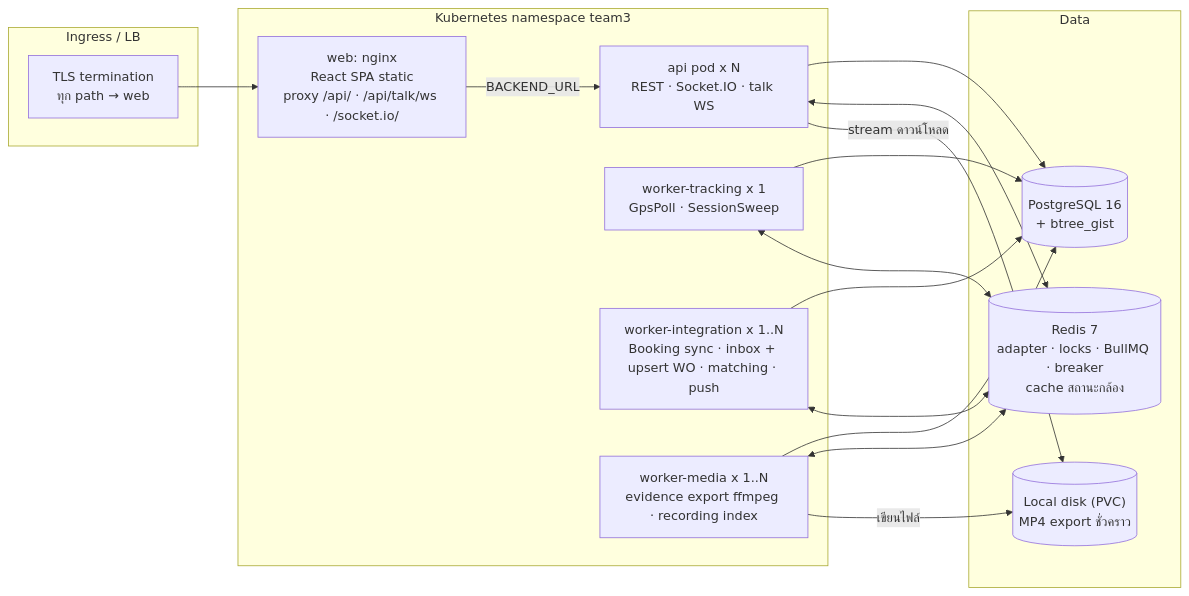
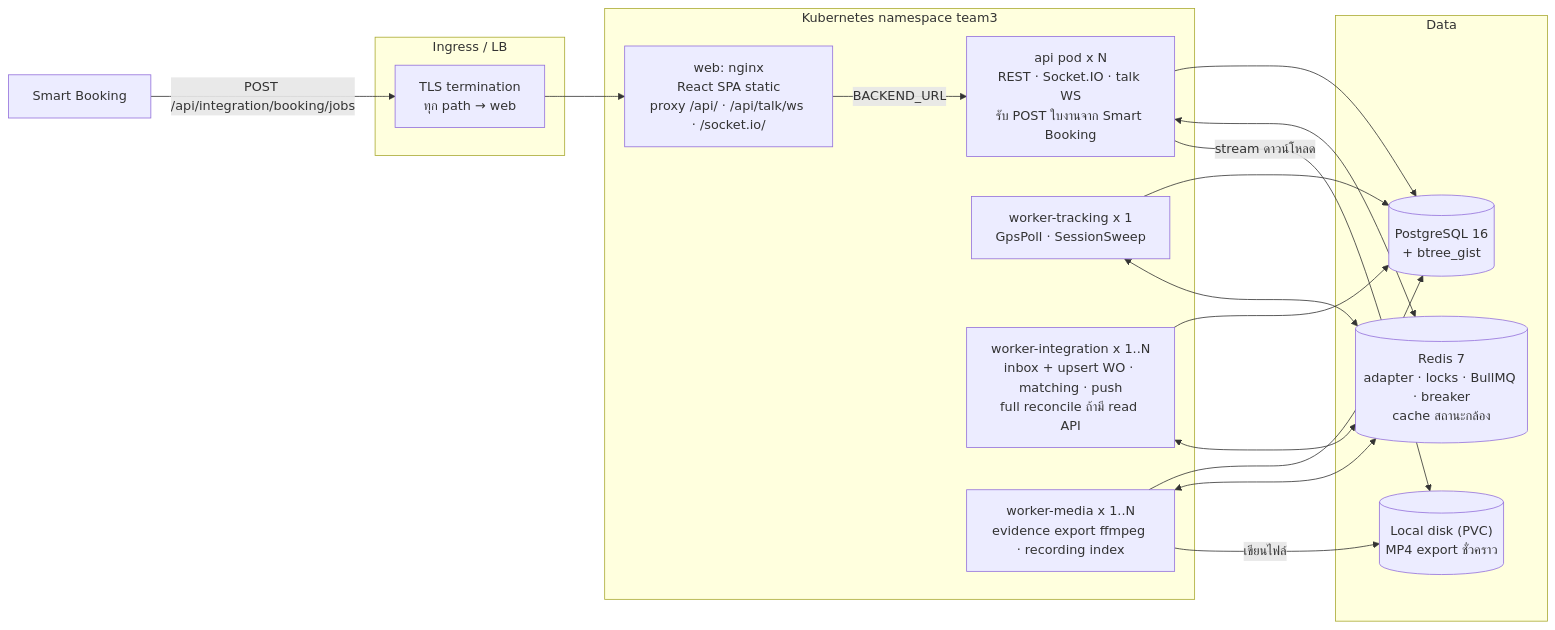
The second of 6 diagrams in docs/blueprint/02-system-architecture.md (b-werayut/psd-bodycam-v1.0), drawn with Mermaid before and after one commit. The commit also changed other lines of this file and 15 other files, not shown here.

````diff
--- a/docs/blueprint/02-system-architecture.md
+++ b/docs/blueprint/02-system-architecture.md
@@ -61,30 +64,32 @@
 ```mermaid
 flowchart LR
+  BOOK["Smart Booking"]
   subgraph Edge["Ingress / LB"]
     ING["TLS termination<br/>ทุก path → web"]
   end
   subgraph App["Kubernetes namespace team3"]
     SPA["web: nginx<br/>React SPA static<br/>proxy /api/ · /api/talk/ws · /socket.io/"]
-    API1["api pod x N<br/>REST · Socket.IO · talk WS"]
+    API1["api pod x N<br/>REST · Socket.IO · talk WS<br/>รับ POST ใบงานจาก Smart Booking"]
     WT["worker-tracking x 1<br/>GpsPoll · SessionSweep"]
-    WI["worker-integration x 1..N<br/>Booking sync · inbox + upsert WO · matching · push"]
+    WI["worker-integration x 1..N<br/>inbox + upsert WO · matching · push<br/>full reconcile ถ้ามี read API"]
     WM["worker-media x 1..N<br/>evidence export ffmpeg · recording index"]
   end
   subgraph Data["Data"]
     PG[("PostgreSQL 16<br/>+ btree_gist")]
     RD[("Redis 7<br/>adapter · locks · BullMQ · breaker<br/>cache สถานะกล้อง")]
     FS[("Local disk (PVC)<br/>MP4 export ชั่วคราว")]
   end
+  BOOK -- "POST /api/integration/booking/jobs" --> ING
   ING --> SPA
   SPA -- "BACKEND_URL" --> API1
   API1 --> PG
   API1 <--> RD
   WT --> PG
   WT <--> RD
   WI --> PG
   WI <--> RD
   WM --> PG
   WM <--> RD
   WM -- "เขียนไฟล์" --> FS
   API1 -- "stream ดาวน์โหลด" --> FS
 ```
````
